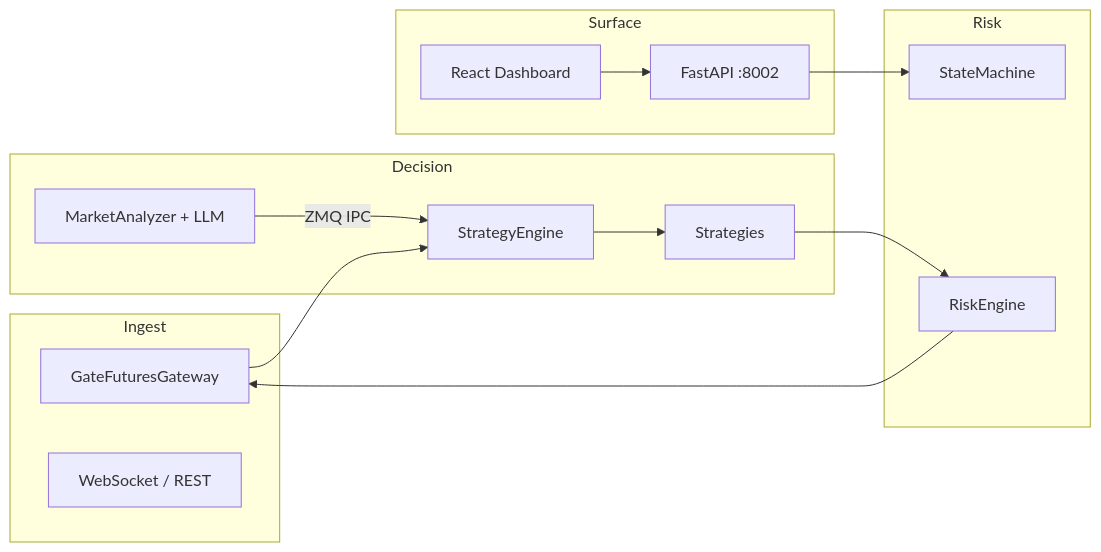
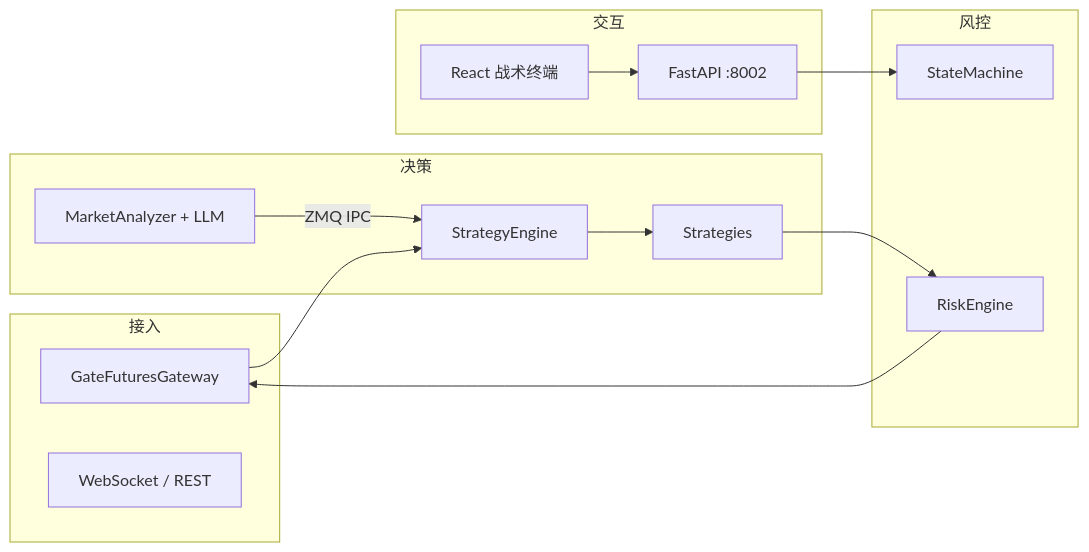
The diagram in README.md (newsmallsprout/Shark_Quantitative_Robot), drawn with Mermaid before and after one commit. The commit also changed other lines of this file, not shown here.

````diff
--- a/README.md
+++ b/README.md
@@ -27,27 +23,27 @@
 ```mermaid
 flowchart LR
-  subgraph ingest [Ingest]
+  subgraph ingest [接入]
     GW[GateFuturesGateway]
     WS[WebSocket / REST]
   end
-  subgraph brain [Decision]
+  subgraph brain [决策]
     SE[StrategyEngine]
     ST[Strategies]
     AI[MarketAnalyzer + LLM]
   end
-  subgraph guard [Risk]
+  subgraph guard [风控]
     RE[RiskEngine]
     SM[StateMachine]
   end
-  subgraph surface [Surface]
+  subgraph surface [交互]
     API[FastAPI :8002]
-    UI[React Dashboard]
+    UI[React 战术终端]
   end
   GW --> SE
   SE --> ST
   AI -->|ZMQ IPC| SE
   ST --> RE
   RE --> GW
   API --> SM
   UI --> API
 ```
````
